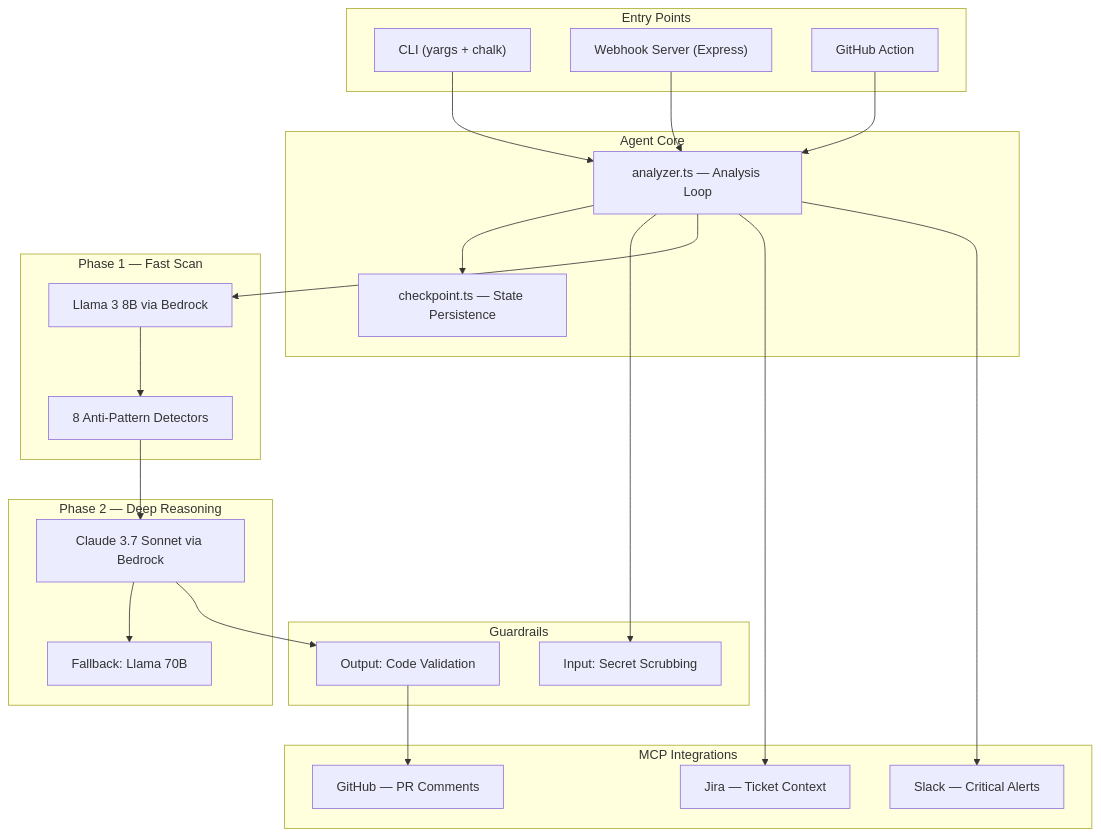
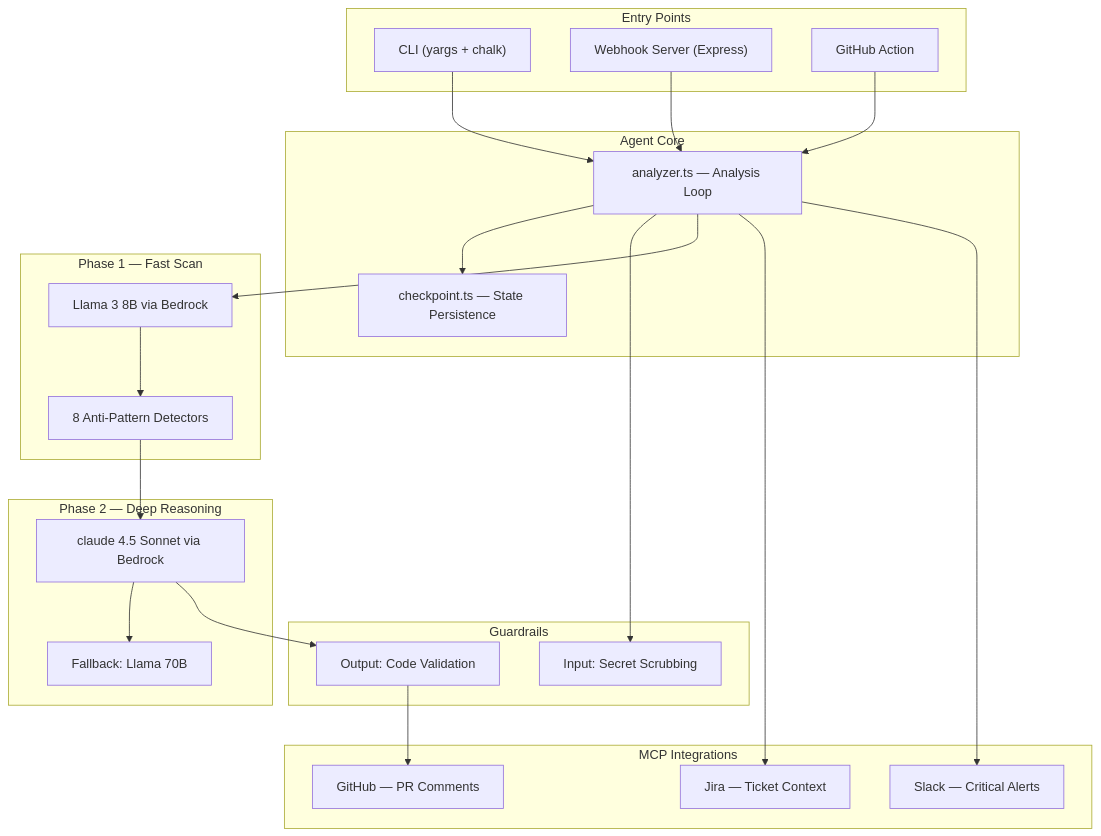
Before and after one commit to Deevyam/Faultline: the diagram in walkthrough.md, drawn with Mermaid. The commit also changed other lines of this file and 21 other files, not shown here.

````diff
--- a/walkthrough.md
+++ b/walkthrough.md
@@ -25,48 +30,48 @@
 ```mermaid
 graph TB
     subgraph Entry["Entry Points"]
         CLI["CLI (yargs + chalk)"]
         WH["Webhook Server (Express)"]
         GA["GitHub Action"]
     end
 
     subgraph Agent["Agent Core"]
         AN["analyzer.ts — Analysis Loop"]
         CP["checkpoint.ts — State Persistence"]
     end
 
     subgraph Phase1["Phase 1 — Fast Scan"]
         P1["Llama 3 8B via Bedrock"]
         DET["8 Anti-Pattern Detectors"]
     end
 
     subgraph Phase2["Phase 2 — Deep Reasoning"]
-        P2["Claude 3.7 Sonnet via Bedrock"]
+        P2["claude 4.5 Sonnet via Bedrock"]
         FB["Fallback: Llama 70B"]
     end
 
     subgraph Guard["Guardrails"]
         GI["Input: Secret Scrubbing"]
         GO["Output: Code Validation"]
     end
 
     subgraph MCP["MCP Integrations"]
         GH["GitHub — PR Comments"]
         JI["Jira — Ticket Context"]
         SL["Slack — Critical Alerts"]
     end
 
     CLI --> AN
     WH --> AN
     GA --> AN
     AN --> CP
     AN --> GI
     AN --> P1
     P1 --> DET
     DET --> P2
     P2 --> FB
     P2 --> GO
     GO --> GH
     AN --> JI
     AN --> SL
 ```
````
